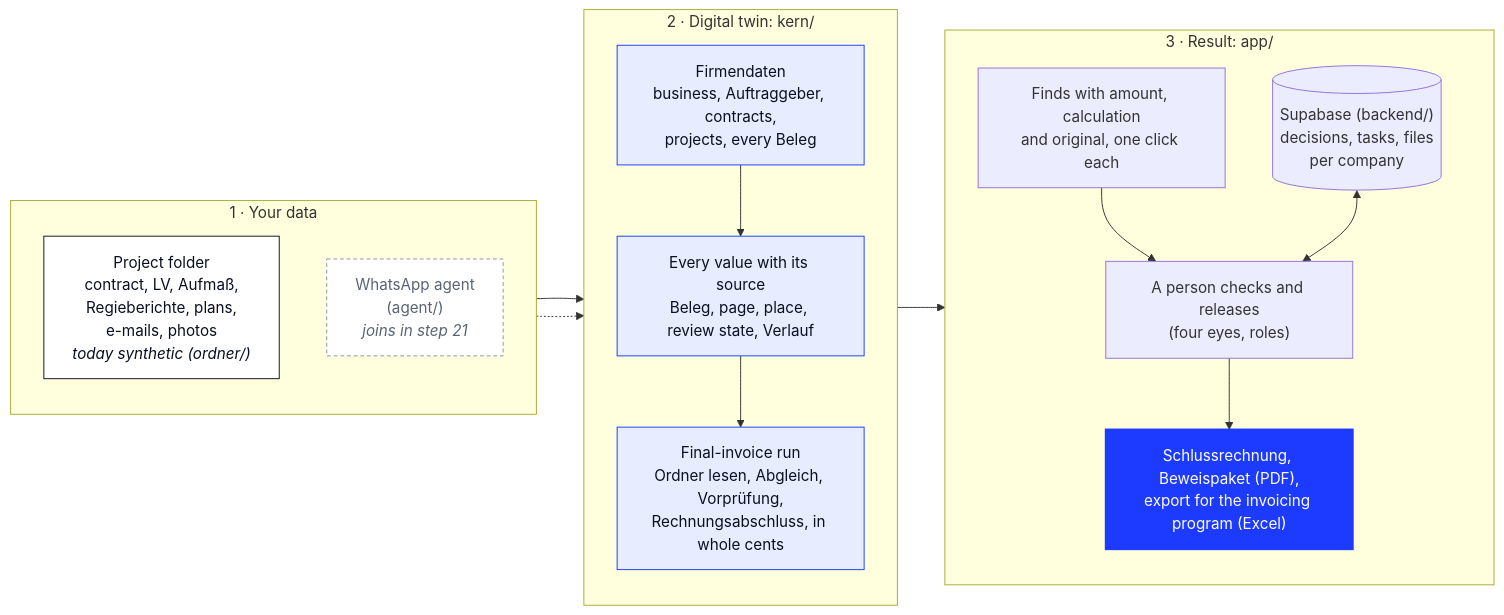
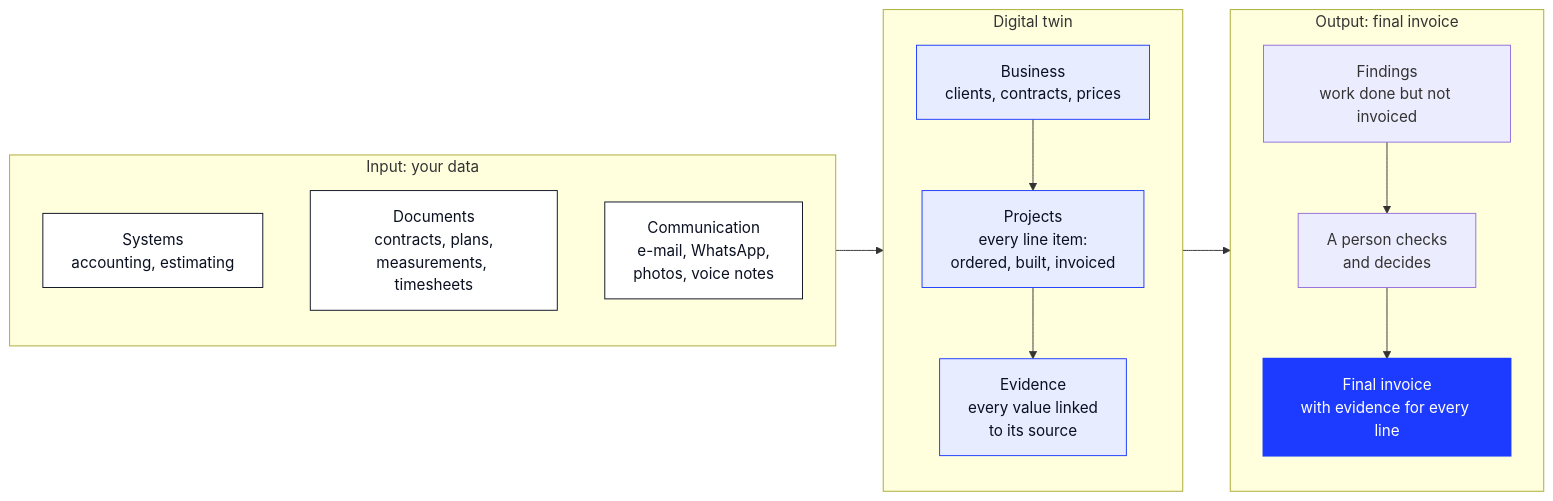
Before and after one commit to tieout-at/tieout: the diagram in README.md, drawn with Mermaid. The commit also changed other lines of this file, not shown here.

Commit message:
README: solution and architecture at a high level, input, digital twin, output

````diff
--- a/README.md
+++ b/README.md
@@ -41,36 +35,31 @@
 ```mermaid
 flowchart LR
     classDef input fill:#ffffff,stroke:#0a1020,stroke-width:1px,color:#0a1020;
-    classDef core fill:#e8ecff,stroke:#1d3bff,stroke-width:1px,color:#0a1020;
+    classDef twin fill:#e8ecff,stroke:#1d3bff,stroke-width:1px,color:#0a1020;
     classDef out fill:#1d3bff,stroke:#1d3bff,stroke-width:2px,color:#ffffff;
-    classDef planned fill:#ffffff,stroke:#8a94a6,stroke-width:1px,stroke-dasharray:4 3,color:#5a6475;
 
-    subgraph IN [1 · Your data]
+    subgraph IN [Input: your data]
         direction TB
-        F["Project folder<br/>contract, LV, Aufmaß,<br/>Regieberichte, plans,<br/>e-mails, photos<br/><i>today synthetic (ordner/)</i>"]:::input
-        W["WhatsApp agent<br/>(agent/)<br/><i>joins in step 21</i>"]:::planned
+        S["Systems<br/>accounting, estimating"]:::input
+        D["Documents<br/>contracts, plans,<br/>measurements, timesheets"]:::input
+        C["Communication<br/>e-mail, WhatsApp,<br/>photos, voice notes"]:::input
     end
 
-    subgraph TW [2 · Digital twin: kern/]
+    subgraph TW [Digital twin]
         direction TB
-        D["Firmendaten<br/>business, Auftraggeber, contracts,<br/>projects, every Beleg"]:::core
-        V["Every value with its source<br/>Beleg, page, place, review state, Verlauf"]:::core
-        R["Final-invoice run<br/>Ordner lesen, Abgleich, Vorprüfung,<br/>Rechnungsabschluss, in whole cents"]:::core
-        D --> V --> R
+        B["Business<br/>clients, contracts, prices"]:::twin
+        P["Projects<br/>every line item:<br/>ordered, built, invoiced"]:::twin
+        E["Evidence<br/>every value linked<br/>to its source"]:::twin
+        B --> P --> E
     end
 
-    subgraph OUT [3 · Result: app/]
+    subgraph OUT [Output: final invoice]
         direction TB
-        DB[("Supabase (backend/)<br/>decisions, tasks, files<br/>per company")]
-        P["Finds with amount, calculation<br/>and original, one click each"]
-        H["A person checks and releases<br/>(four eyes, roles)"]
-        O["Schlussrechnung, Beweispaket (PDF),<br/>export for the invoicing program (Excel)"]:::out
-        P --> H --> O
-        DB <--> H
+        F["Findings<br/>work done but not invoiced"]
+        H["A person checks<br/>and decides"]
+        R["Final invoice<br/>with evidence for every line"]:::out
+        F --> H --> R
     end
 
-
-    F --> D
-    W -.-> D
-    R --> P
+    IN --> TW --> OUT
 ```
````
